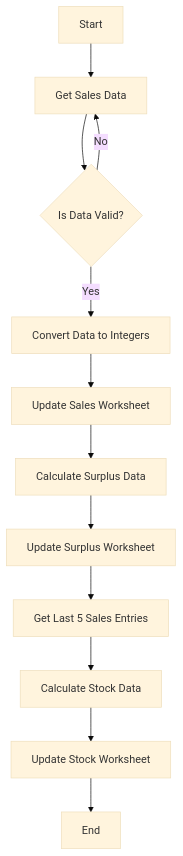
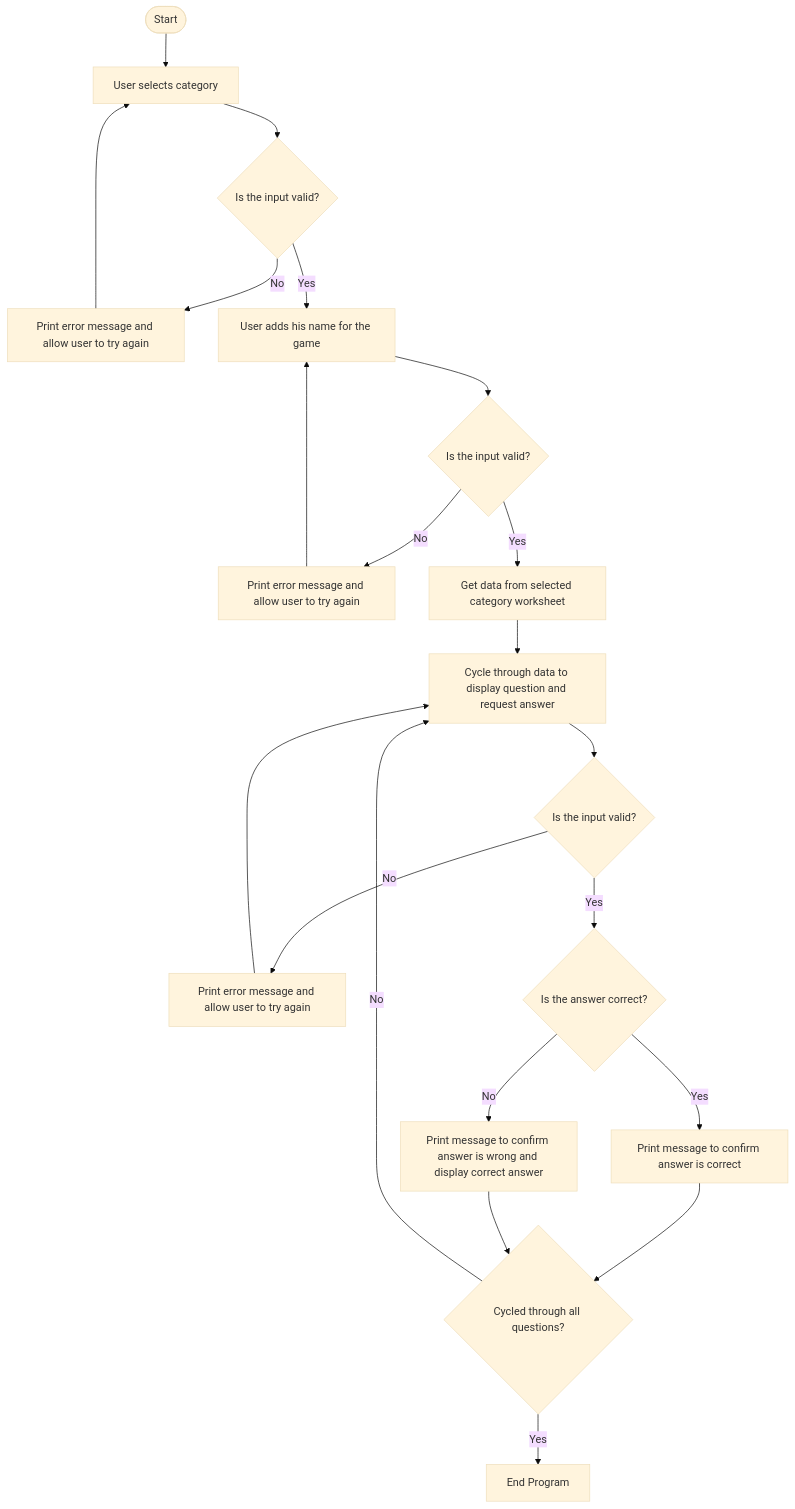
The diagram in README.md (Gary-Burke/quizmaster), drawn with Mermaid (base theme) before and after one commit. The commit also changed other lines of this file, not shown here.

````diff
--- a/README.md
+++ b/README.md
@@ -120,14 +111,23 @@
 ```mermaid
 flowchart TD
-    A[Start] --> B[Get Sales Data]
-    B --> C{Is Data Valid?}
-    C -->|Yes| D[Convert Data to Integers]
-    C -->|No| B
-    D --> E[Update Sales Worksheet]
-    E --> F[Calculate Surplus Data]
-    F --> G[Update Surplus Worksheet]
-    G --> H[Get Last 5 Sales Entries]
-    H --> I[Calculate Stock Data]
-    I --> J[Update Stock Worksheet]
-    J --> K[End]
+    A([Start]) --> B[User selects category]
+    B --> C{Is the input valid?}
+    C -- No --> D[Print error message and allow user to try again]
+    D --> B
+    C -- Yes --> E[User adds his name for the game]
+    E --> F{Is the input valid?}
+    F -- No --> G[Print error message and allow user to try again]
+    G --> E
+    F -- Yes --> H[Get data from selected category worksheet]
+    H --> I[Cycle through data to display question and request answer]
+    I --> J{Is the input valid?}
+    J -- No --> K[Print error message and allow user to try again]
+    K --> I
+    J -- Yes --> L{Is the answer correct?}
+    L -- Yes --> M[Print message to confirm answer is correct]
+    L -- No --> N[Print message to confirm answer is wrong and display correct answer]
+    M --> O{Cycled through all questions?}
+    N --> O
+    O -- No --> I
+    O -- Yes --> P[End Program]
 ```
````
